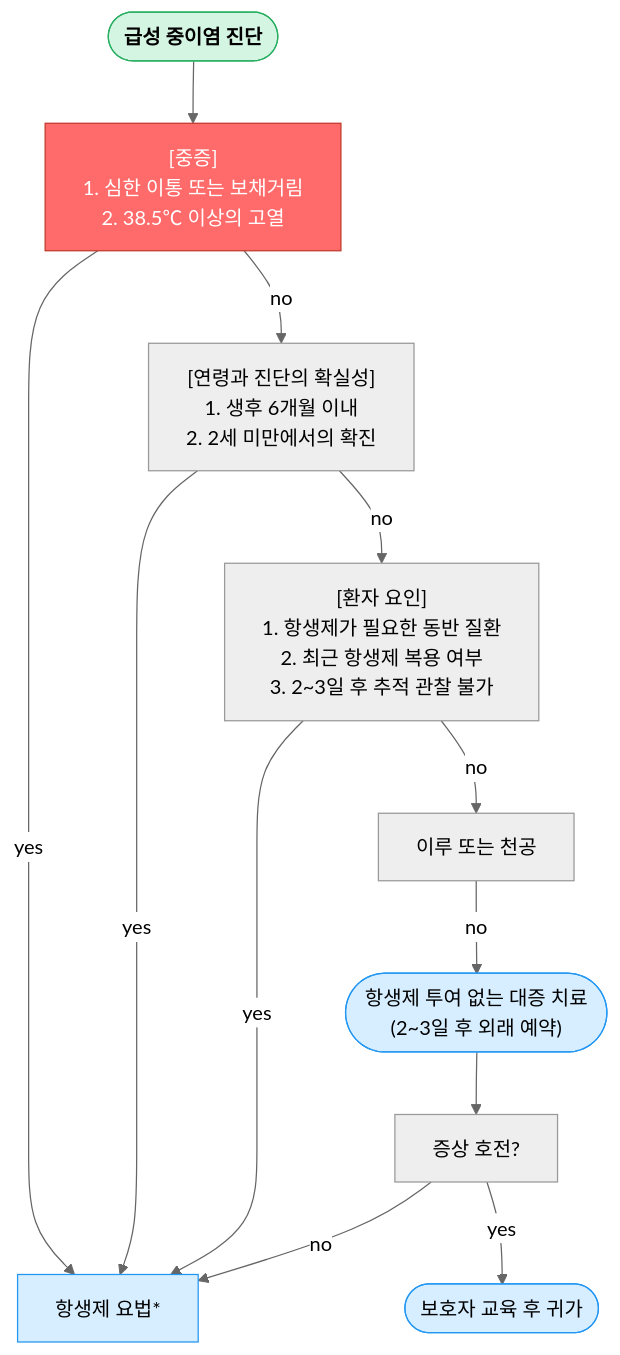
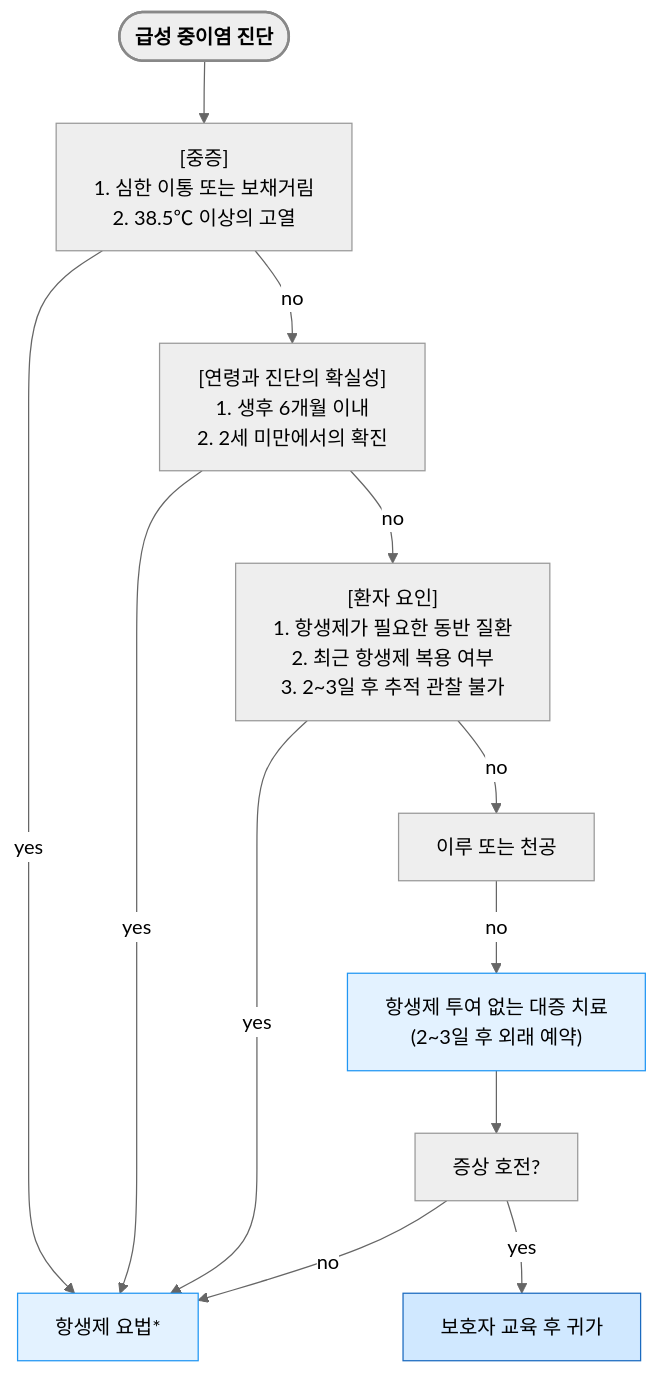
The second of 4 diagrams in 222_/048_-otitis-media.md (familyoh77/familyoh77), drawn with Mermaid (neutral theme) before and after one commit. The commit also changed other lines of this file and 1 other file, not shown here.

Commit message:
GITBOOK-777: No subject

````diff
--- a/222_/048_-otitis-media.md
+++ b/222_/048_-otitis-media.md
@@ -339,24 +340,23 @@
 ```mermaid
 graph TD
     Start(["<b>급성 중이염 진단</b>"])
     Severity["[중증]<br/>1. 심한 이통 또는 보채거림<br/>2. 38.5℃ 이상의 고열"]   
     Start --> Severity
     Severity -- "yes" --> Antibiotics["항생제 요법*"]
     Severity -- "no" --> Certainty["[연령과 진단의 확실성]<br/>1. 생후 6개월 이내<br/>2. 2세 미만에서의 확진"]
     Certainty -- "yes" --> Antibiotics
     Certainty -- "no" --> PatientFactor["[환자 요인]<br/>1. 항생제가 필요한 동반 질환<br/>2. 최근 항생제 복용 여부<br/>3. 2~3일 후 추적 관찰 불가"]
     PatientFactor -- "yes" --> Antibiotics
     PatientFactor -- "no" --> Otorrhea["이루 또는 천공"]
-    Otorrhea -- "no" --> Supportive(["항생제 투여 없는 대증 치료<br/>(2~3일 후 외래 예약)"])
+    Otorrhea -- "no" --> Supportive["항생제 투여 없는 대증 치료<br/>(2~3일 후 외래 예약)"]
     Supportive --> Improvement["증상 호전?"]
     Improvement -- "no" --> Antibiotics
-    Improvement -- "yes" --> Home(["보호자 교육 후 귀가"])
+    Improvement -- "yes" --> Home["보호자 교육 후 귀가"]
 
-    style Start fill:#d5f5e3,stroke:#27ae60
-    style Severity fill:#ff6b6b,stroke:#c0392b,color:#fff
-    
-    classDef sky fill:#d6eeff,stroke:#2196f3
-    class Antibiotics,Home,Supportive sky
+    style Start fill:#eeeeee,stroke:#888888,stroke-width:2px
+    style Home fill:#d0e8ff,stroke:#1a6abf
+    classDef sky fill:#e3f2ff,stroke:#2196f3
+    class Antibiotics,Supportive sky
 
     
 ```
````
